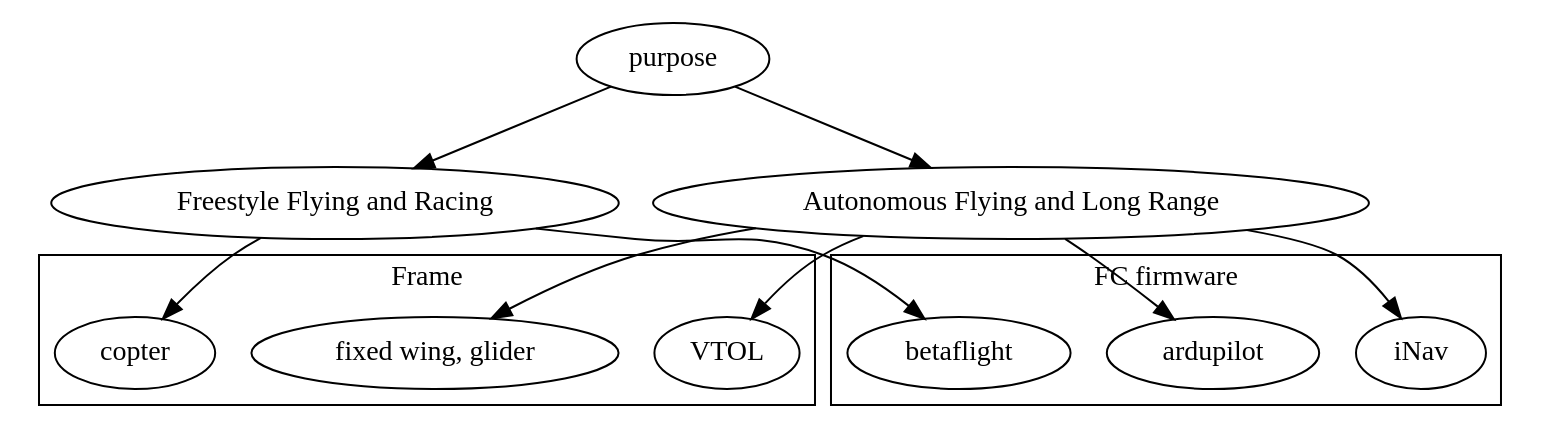
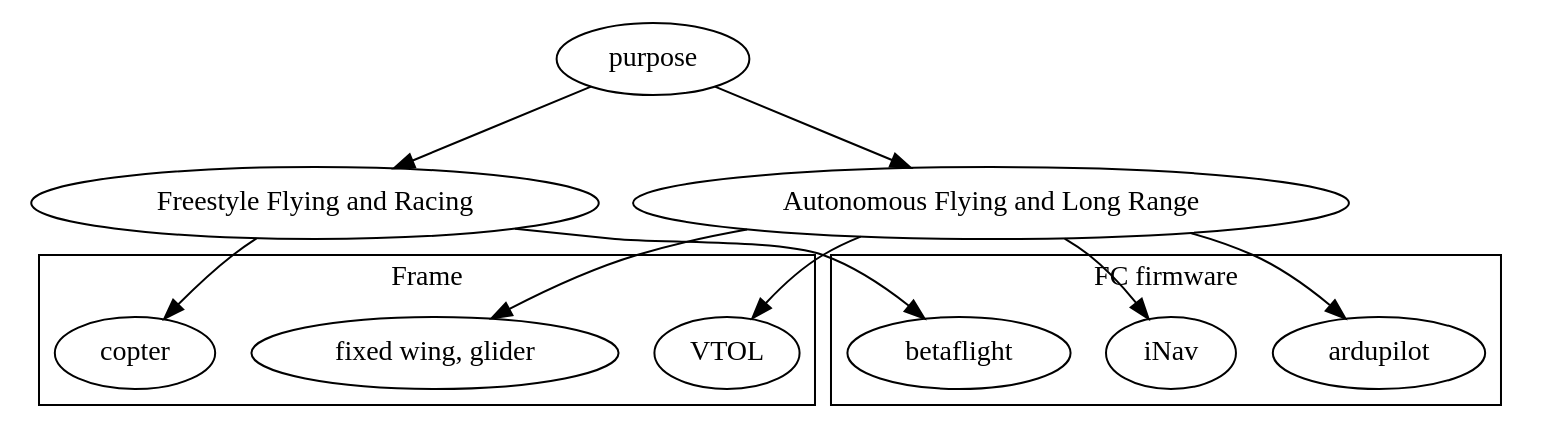
The first of 2 diagrams in README.md (stereobooster/drone), drawn with Graphviz before and after one commit. The commit also changed 1 other file, not shown here.

````diff
--- a/README.md
+++ b/README.md
@@ -5,35 +5,34 @@
 ```dot
 digraph graphname {
   freestyle[label="Freestyle Flying and Racing"];
   autonomous[label="Autonomous Flying and Long Range"]
 
   purpose -> freestyle;
   purpose -> autonomous;
 
   freestyle -> copter;
   autonomous -> "fixed wing, glider";
   autonomous -> VTOL;
 
   subgraph cluster_frames {
     label="Frame"
 
+    copter;
     "fixed wing, glider";
-    copter;
     "VTOL";
   }
 
+  freestyle -> betaflight;
   autonomous -> inav;
   autonomous -> ardupilot;
 
-  freestyle -> betaflight;
   subgraph cluster_fcfirmaware {
     label="FC firmware"
 
+    betaflight;
     inav[label="iNav"];
     ardupilot;
-
-    betaflight;
   }
 
 }
 ```
````
